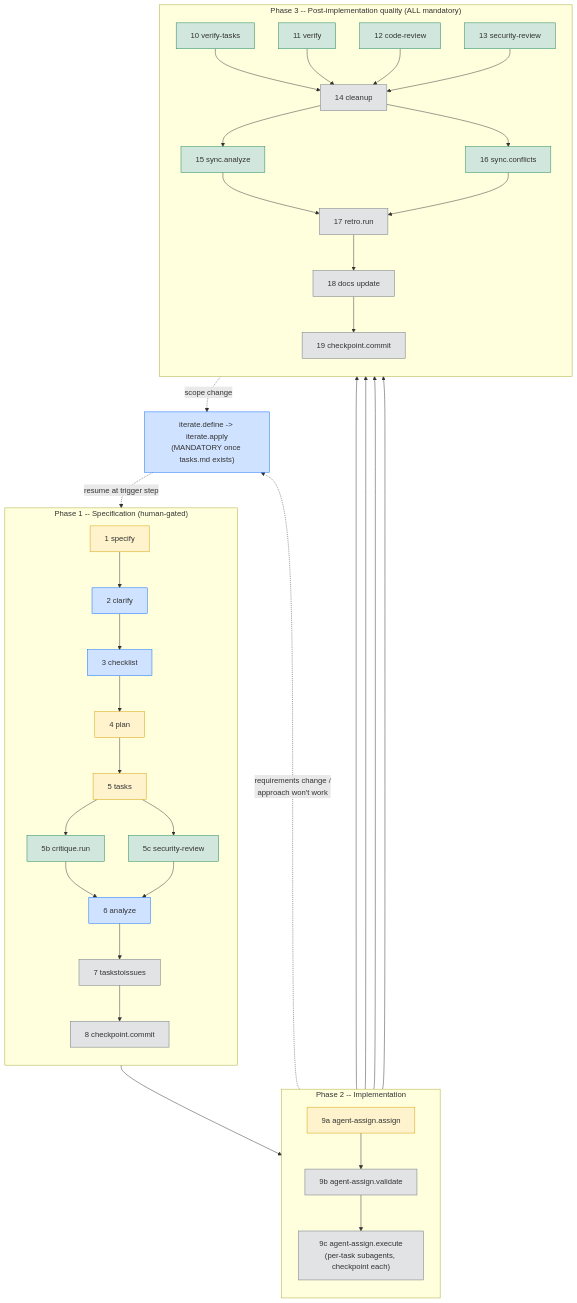
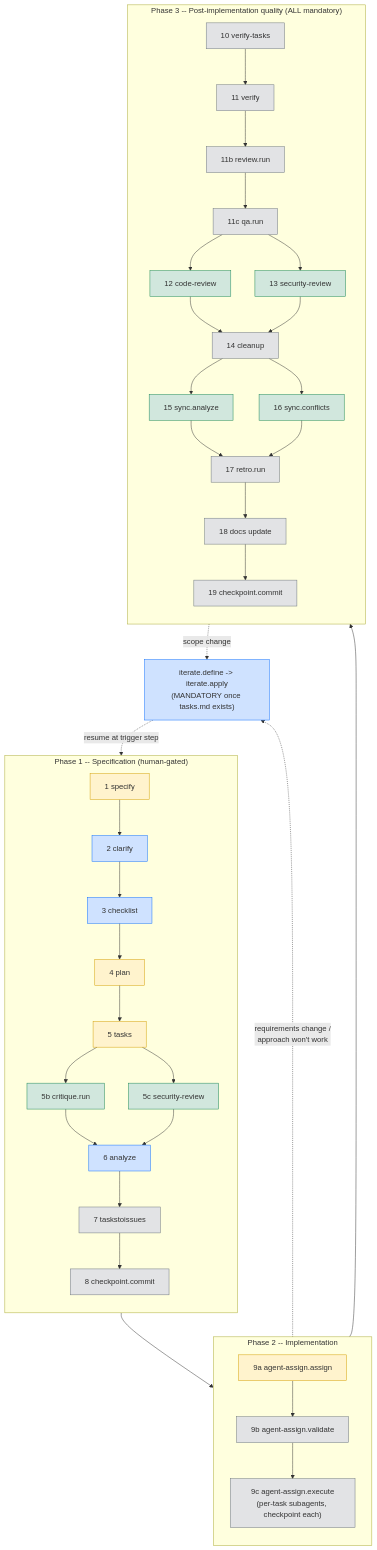
The diagram in packages/speckit/.apm/skills/speckit-setup/SKILL.md (srobroek/agentic-packages), drawn with Mermaid before and after one commit. The commit also changed other lines of this file and 4 other files, not shown here.

````diff
--- a/packages/speckit/.apm/skills/speckit-setup/SKILL.md
+++ b/packages/speckit/.apm/skills/speckit-setup/SKILL.md
@@ -60,52 +60,49 @@
 ```mermaid
 flowchart TD
     classDef gate fill:#fff3cd,stroke:#d39e00,color:#333;
     classDef interactive fill:#cfe2ff,stroke:#0d6efd,color:#333;
     classDef auto fill:#e2e3e5,stroke:#6c757d,color:#333;
     classDef parallel fill:#d1e7dd,stroke:#198754,color:#333;
 
     subgraph P1["Phase 1 -- Specification (human-gated)"]
         direction TB
         S1["1 specify"]:::gate --> S2["2 clarify"]:::interactive
         S2 --> S3["3 checklist"]:::interactive
         S3 --> S4["4 plan"]:::gate
         S4 --> S5["5 tasks"]:::gate
         S5 --> S5b["5b critique.run"]:::parallel
         S5 --> S5c["5c security-review"]:::parallel
         S5b --> S6["6 analyze"]:::interactive
         S5c --> S6
         S6 --> S7["7 taskstoissues"]:::auto
         S7 --> S8["8 checkpoint.commit"]:::auto
     end
 
     subgraph P2["Phase 2 -- Implementation"]
         direction TB
         A9a["9a agent-assign.assign"]:::gate --> A9b["9b agent-assign.validate"]:::auto
         A9b --> A9c["9c agent-assign.execute<br/>(per-task subagents, checkpoint each)"]:::auto
     end
 
     subgraph P3["Phase 3 -- Post-implementation quality (ALL mandatory)"]
         direction TB
-        V10["10 verify-tasks"]:::parallel --> CL14
-        V11["11 verify"]:::parallel --> CL14
-        CR12["12 code-review"]:::parallel --> CL14
-        SR13["13 security-review"]:::parallel --> CL14["14 cleanup"]:::auto
+        V10["10 verify-tasks"]:::auto --> V11["11 verify"]:::auto
+        V11 --> RR["11b review.run"]:::auto --> QA["11c qa.run"]:::auto
+        QA --> CR12["12 code-review"]:::parallel --> CL14
+        QA --> SR13["13 security-review"]:::parallel --> CL14["14 cleanup"]:::auto
         CL14 --> SY15["15 sync.analyze"]:::parallel
         CL14 --> SY16["16 sync.conflicts"]:::parallel
         SY15 --> R17["17 retro.run"]:::auto
         SY16 --> R17
         R17 --> D18["18 docs update"]:::auto
         D18 --> C19["19 checkpoint.commit"]:::auto
     end
 
     S8 --> A9a
     A9c --> V10
-    A9c --> V11
-    A9c --> CR12
-    A9c --> SR13
 
     ITER["iterate.define -> iterate.apply<br/>(MANDATORY once tasks.md exists)"]:::interactive
     A9c -. "requirements change /<br/>approach won't work" .-> ITER
     P3 -. "scope change" .-> ITER
     ITER -. "resume at trigger step" .-> S5
 ```
````
